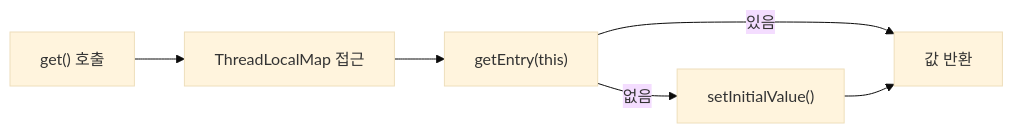
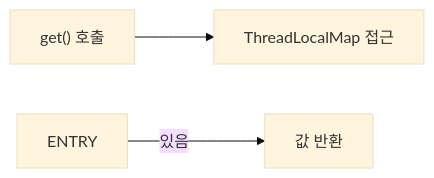
One commit to yjkim2015/yjkim2015.github.io changed the first of 4 diagrams in _posts/java/2026-05-01-java-threadlocal.md. Above: the diagram before and after it, drawn with Mermaid (base theme). The commit also changed other lines of this file and 132 other files, not shown here.

First line of the commit message:
Mermaid 다이어그램 가독성 정리: 단순 제거, 노드 축소, TD→LR 변환

````diff
--- a/_posts/java/2026-05-01-java-threadlocal.md
+++ b/_posts/java/2026-05-01-java-threadlocal.md
@@ -67,7 +67,5 @@
 ```mermaid
 graph LR
     GET["get() 호출"] --> MAP["ThreadLocalMap 접근"]
-    MAP --> ENTRY["getEntry(this)"]
     ENTRY -->|"있음"| VALUE["값 반환"]
-    ENTRY -->|"없음"| INIT["setInitialValue()"] --> VALUE
 ```
````
